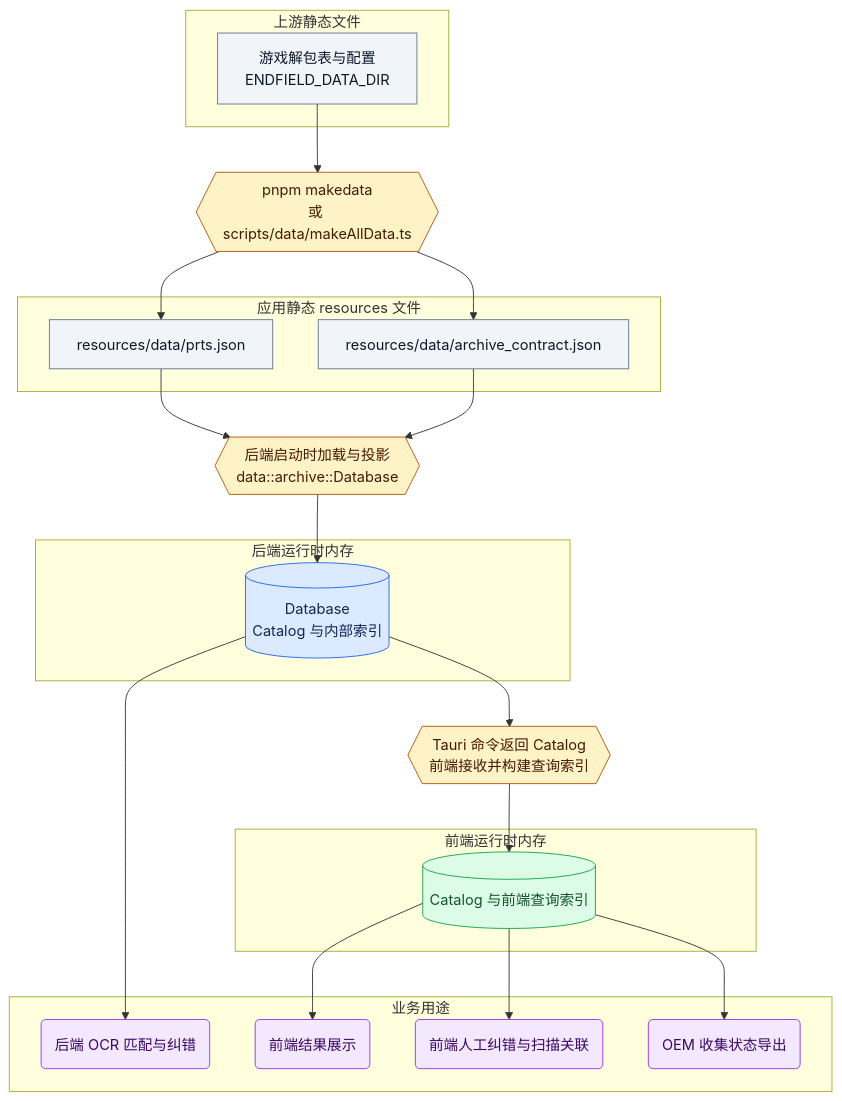
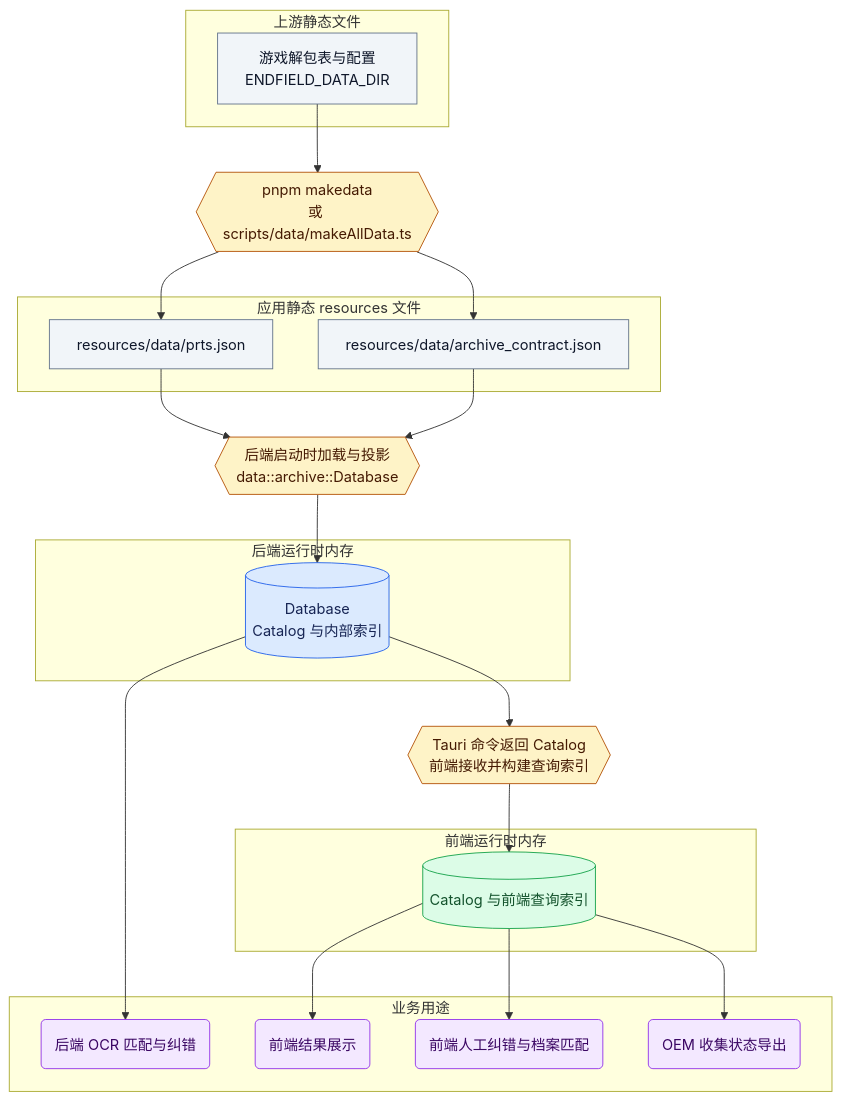
The first of 2 diagrams in docs/data-pipeline.md (Logical-Byte/open-endfield-assistant), drawn with Mermaid before and after one commit. The commit also changed 22 other files, not shown here.

````diff
--- a/docs/data-pipeline.md
+++ b/docs/data-pipeline.md
@@ -23,56 +23,56 @@
 ```mermaid
 flowchart TB
     subgraph source[上游静态文件]
         unpacked["游戏解包表与配置<br/>ENDFIELD_DATA_DIR"]
     end
 
     make{{"pnpm makedata<br/>或 scripts/data/makeAllData.ts"}}
 
     subgraph resources[应用静态 resources 文件]
         prts["resources/data/prts.json"]
         contract["resources/data/archive_contract.json"]
     end
 
     load{{"后端启动时加载与投影<br/>data::archive::Database"}}
 
     subgraph backend[后端运行时内存]
         db[("Database<br/>Catalog 与内部索引")]
     end
 
     ipc{{"Tauri 命令返回 Catalog<br/>前端接收并构建查询索引"}}
 
     subgraph frontend[前端运行时内存]
         catalog[("Catalog 与前端查询索引")]
     end
 
     subgraph usage[业务用途]
         ocr("后端 OCR 匹配与纠错")
         view("前端结果展示")
-        correction("前端人工纠错与扫描关联")
+        correction("前端人工纠错与档案匹配")
         export("OEM 收集状态导出")
     end
 
     unpacked --> make
     make --> prts
     make --> contract
     prts --> load
     contract --> load
     load --> db
     db --> ocr
     db --> ipc
     ipc --> catalog
     catalog --> view
     catalog --> correction
     catalog --> export
 
     classDef file fill:#f1f5f9,stroke:#64748b,color:#0f172a
     classDef logic fill:#fef3c7,stroke:#b45309,color:#451a03
     classDef backmem fill:#dbeafe,stroke:#2563eb,color:#172554
     classDef frontmem fill:#dcfce7,stroke:#16a34a,color:#14532d
     classDef business fill:#f3e8ff,stroke:#9333ea,color:#3b0764
     class unpacked,prts,contract file
     class make,load,ipc logic
     class db backmem
     class catalog frontmem
     class ocr,view,correction,export business
 ```
````
